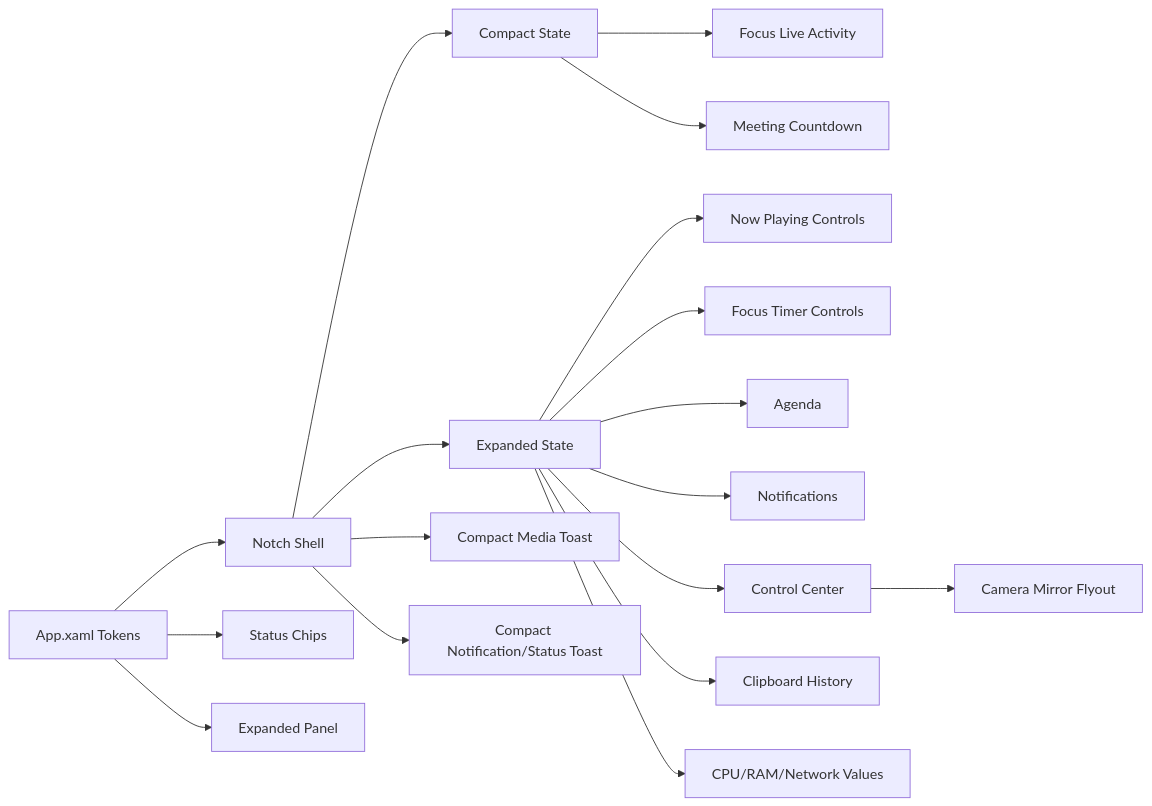
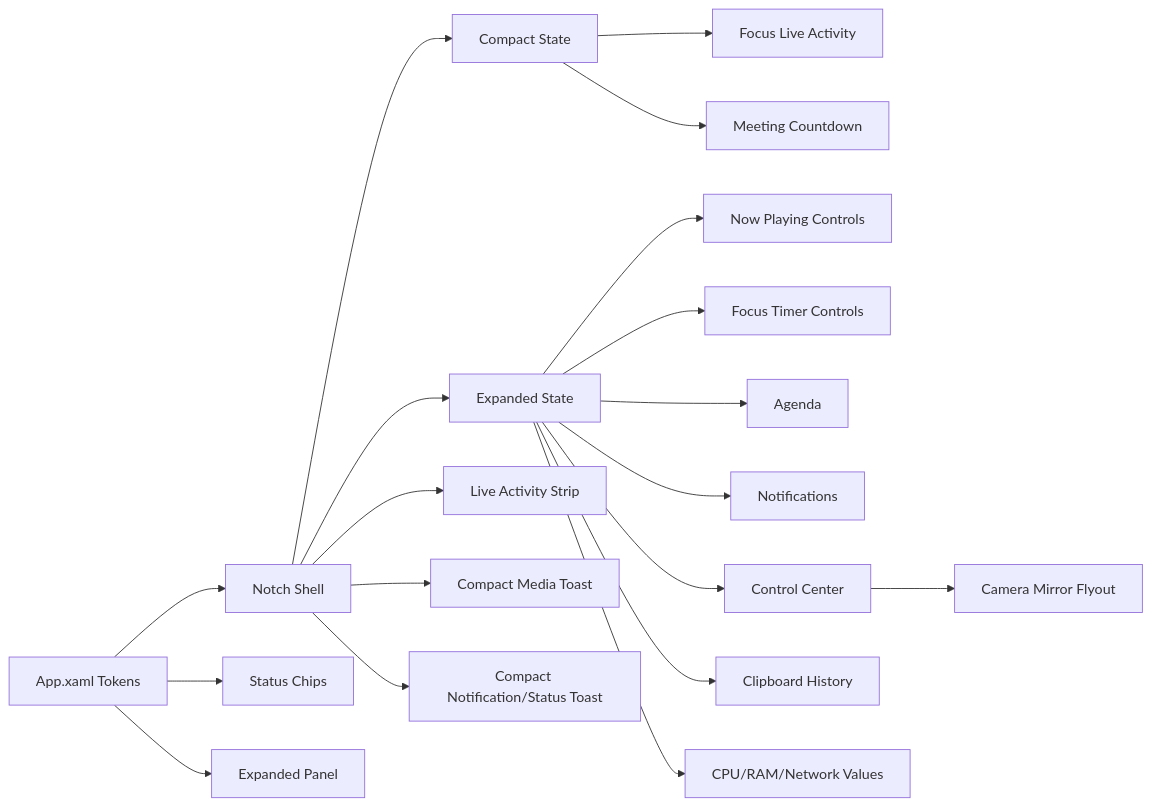
The second of 2 diagrams in docs/architecture.md (yappologistic/winotch), drawn with Mermaid before and after one commit. The commit also changed other lines of this file and 15 other files, not shown here.

First line of the commit message:
Add Live Activities feature (proactive notch live strip)

````diff
--- a/docs/architecture.md
+++ b/docs/architecture.md
@@ -47,20 +47,21 @@
 ```mermaid
 flowchart LR
     Tokens["App.xaml Tokens"] --> Shell["Notch Shell"]
     Tokens --> Chips["Status Chips"]
     Tokens --> Panel["Expanded Panel"]
     Shell --> Compact["Compact State"]
     Shell --> Expanded["Expanded State"]
     Expanded --> Media["Now Playing Controls"]
     Expanded --> FocusPanel["Focus Timer Controls"]
     Expanded --> Agenda["Agenda"]
     Compact --> FocusLive["Focus Live Activity"]
     Compact --> CalendarLive["Meeting Countdown"]
+    Shell --> LiveStrip["Live Activity Strip"]
     Shell --> MediaToast["Compact Media Toast"]
     Shell --> NotificationToast["Compact Notification/Status Toast"]
     Expanded --> Notifications["Notifications"]
     Expanded --> Controls["Control Center"]
     Expanded --> Clipboard["Clipboard History"]
     Expanded --> Stats["CPU/RAM/Network Values"]
     Controls --> CameraMirror["Camera Mirror Flyout"]
 ```
````
